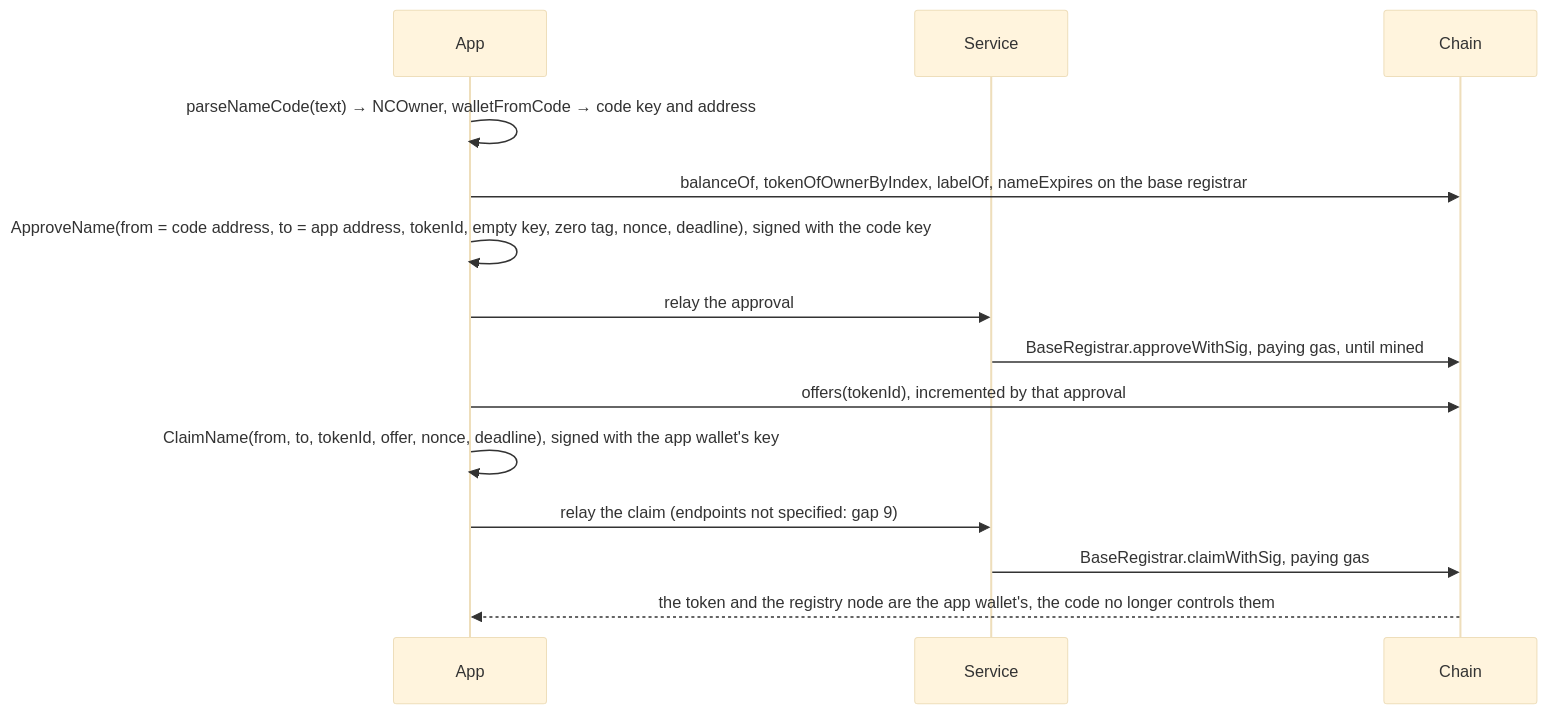
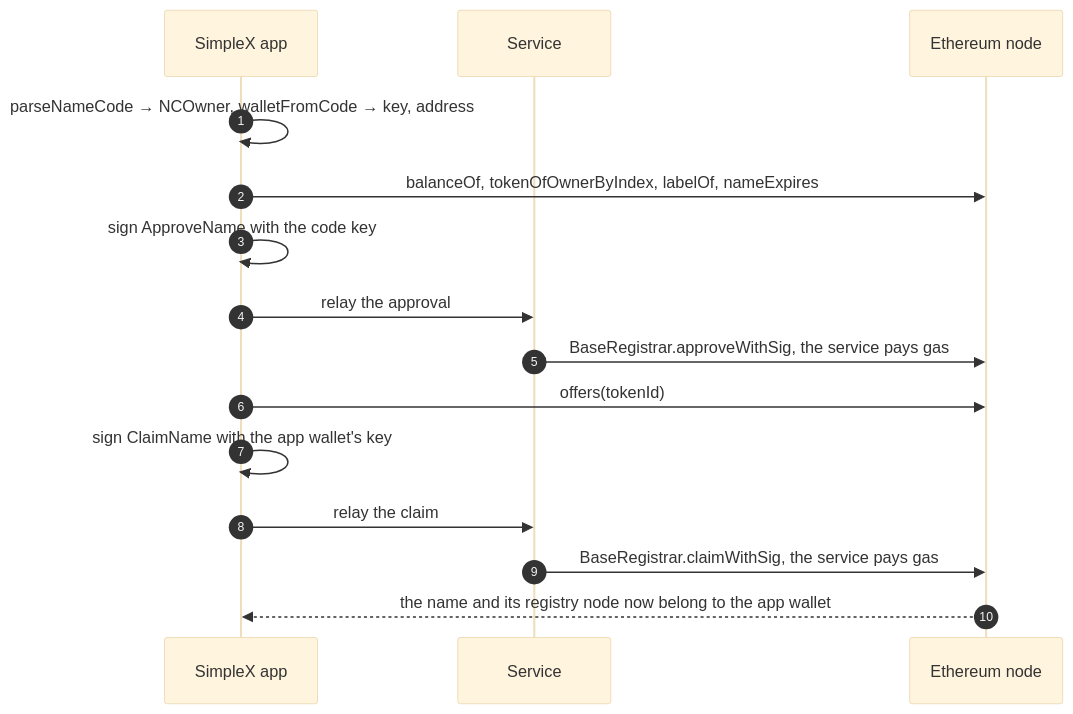
Diagram 20 of 21 in plans/names-codes/2026-10-13-names-sequence.md (simplex-chat/simplex-chat), drawn with Mermaid (base theme) before and after one commit. The commit also changed other lines of this file, not shown here.

Commit message:
plans: simpler names sequence diagrams

````diff
--- a/plans/names-codes/2026-10-13-names-sequence.md
+++ b/plans/names-codes/2026-10-13-names-sequence.md
@@ -374,16 +719,17 @@
 ```mermaid
 sequenceDiagram
-  participant App
-  participant Service
-  participant Chain
-  App->>App: parseNameCode(text) → NCOwner, walletFromCode → code key and address
-  App->>Chain: balanceOf, tokenOfOwnerByIndex, labelOf, nameExpires on the base registrar
-  App->>App: ApproveName(from = code address, to = app address, tokenId, empty key, zero tag, nonce, deadline), signed with the code key
-  App->>Service: relay the approval
-  Service->>Chain: BaseRegistrar.approveWithSig, paying gas, until mined
-  App->>Chain: offers(tokenId), incremented by that approval
-  App->>App: ClaimName(from, to, tokenId, offer, nonce, deadline), signed with the app wallet's key
-  App->>Service: relay the claim (endpoints not specified: gap 9)
-  Service->>Chain: BaseRegistrar.claimWithSig, paying gas
-  Chain-->>App: the token and the registry node are the app wallet's, the code no longer controls them
+  autonumber
+  participant A as SimpleX app
+  participant S as Service
+  participant E as Ethereum node
+  A->>A: parseNameCode → NCOwner, walletFromCode → key, address
+  A->>E: balanceOf, tokenOfOwnerByIndex, labelOf, nameExpires
+  A->>A: sign ApproveName with the code key
+  A->>S: relay the approval
+  S->>E: BaseRegistrar.approveWithSig, the service pays gas
+  A->>E: offers(tokenId)
+  A->>A: sign ClaimName with the app wallet's key
+  A->>S: relay the claim
+  S->>E: BaseRegistrar.claimWithSig, the service pays gas
+  E-->>A: the name and its registry node now belong to the app wallet
 ```
````
